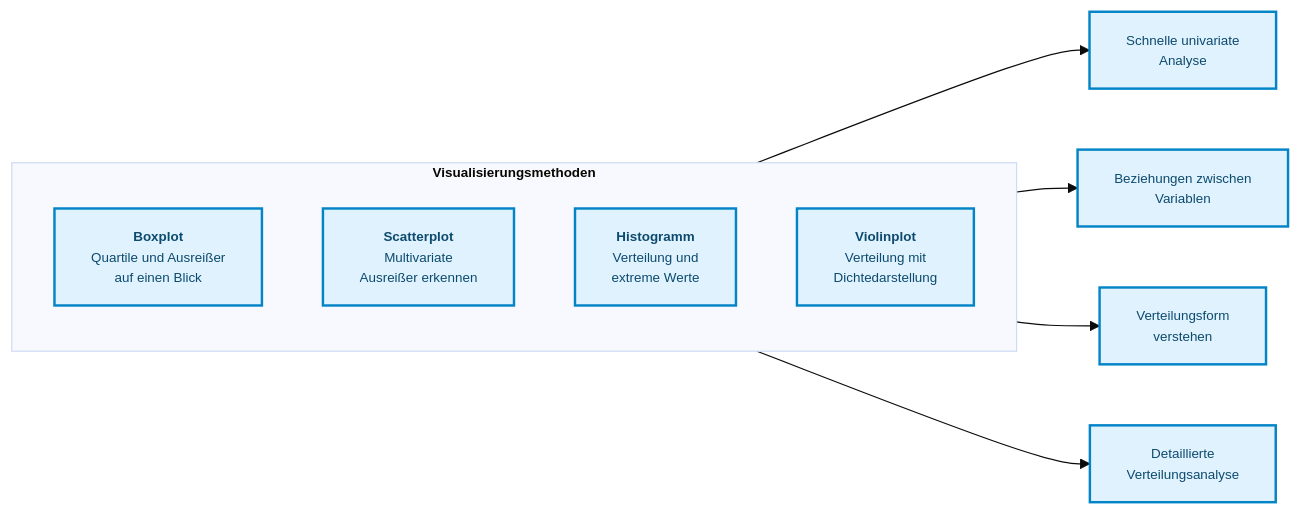
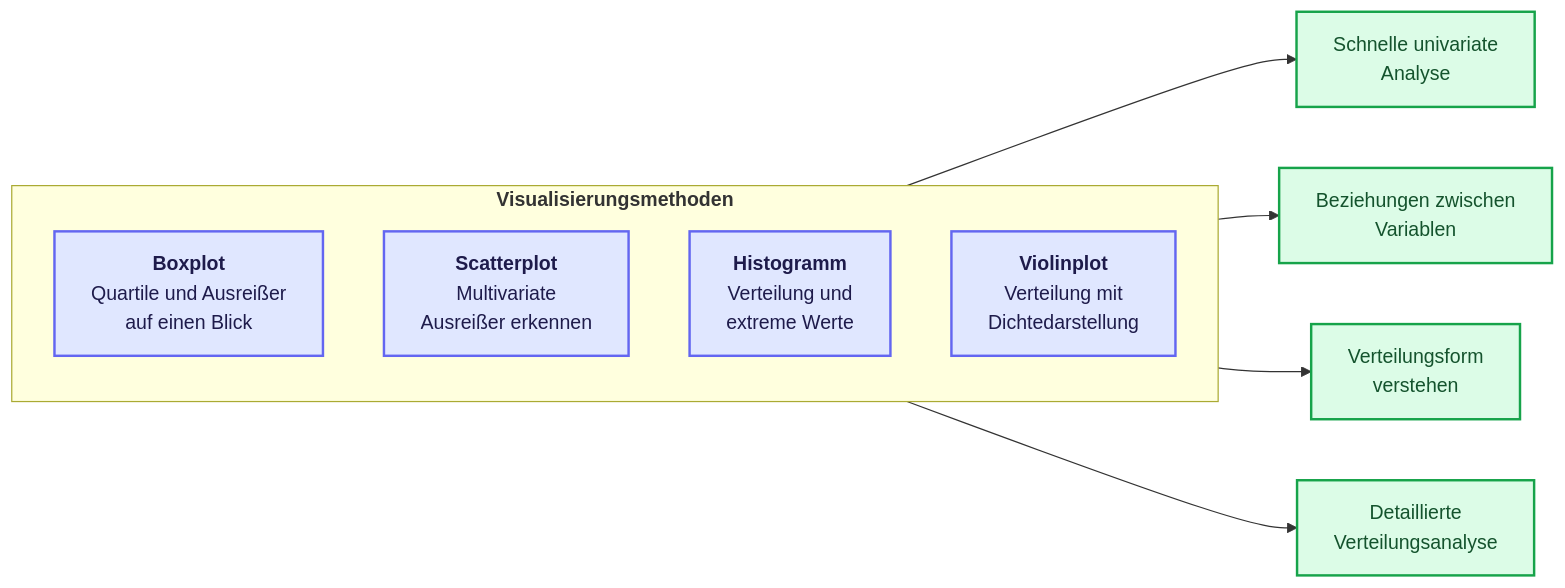
One commit to ralf-42/ML_Intro changed the sixth of 7 diagrams in docs/concepts/prepare/outlier.md. Above: the diagram before and after it, drawn with Mermaid. The commit also changed other lines of this file and 49 other files, not shown here.

````diff
--- a/docs/concepts/prepare/outlier.md
+++ b/docs/concepts/prepare/outlier.md
@@ -211,18 +211,22 @@
 ```mermaid
-%%{init: {'theme': 'base', 'themeVariables': {'fontSize': '11px'}}}%%
 flowchart LR
     subgraph viz["<b>Visualisierungsmethoden"]
         direction TB
         boxplot["<b>Boxplot</b><br/>Quartile und Ausreißer<br/>auf einen Blick"]
         scatter["<b>Scatterplot</b><br/>Multivariate<br/>Ausreißer erkennen"]
         histogram["<b>Histogramm</b><br/>Verteilung und<br/>extreme Werte"]
         violin["<b>Violinplot</b><br/>Verteilung mit<br/>Dichtedarstellung"]
     end
 
     boxplot --> bp_use["Schnelle univariate<br/>Analyse"]
     scatter --> sc_use["Beziehungen zwischen<br/>Variablen"]
     histogram --> hist_use["Verteilungsform<br/>verstehen"]
     violin --> vio_use["Detaillierte<br/>Verteilungsanalyse"]
 
-classDef default fill:#e0f2fe,stroke:#0284c7,stroke-width:2px,color:#0c4a6e;
+    classDef default fill:#e0f2fe,stroke:#0284c7,stroke-width:2px,color:#0c4a6e;
+    classDef input fill:#e0e7ff,stroke:#6366f1,stroke-width:2px,color:#1e1b4b;
+    classDef output fill:#dcfce7,stroke:#16a34a,stroke-width:2px,color:#14532d;
+
+    class boxplot,scatter,histogram,violin input;
+    class bp_use,sc_use,hist_use,vio_use output;
 ```
````
